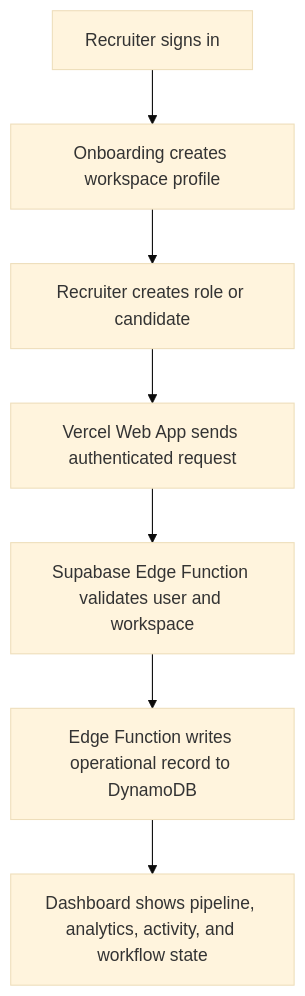
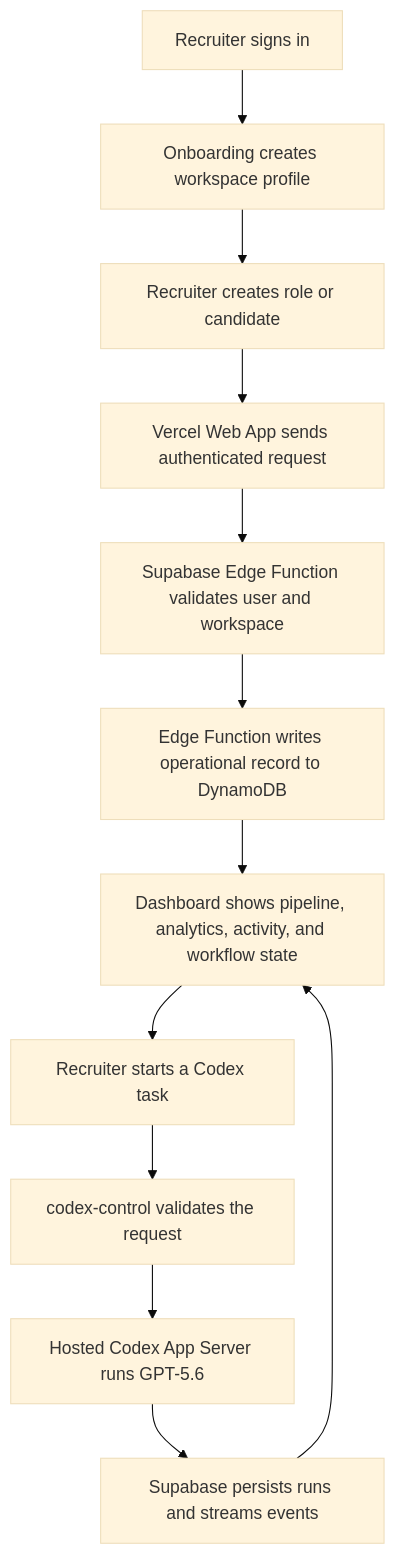
The second of 2 diagrams in README.md (mylife-as-miles/Jobraker-Recruiter), drawn with Mermaid (base theme) before and after one commit. The commit also changed other lines of this file, not shown here.

Commit message:
docs: highlight Codex and GPT-5.6 Build Week work

````diff
--- a/README.md
+++ b/README.md
@@ -107,9 +317,14 @@
 ```mermaid
 graph TD
     A[Recruiter signs in] --> B[Onboarding creates workspace profile]
     B --> C[Recruiter creates role or candidate]
     C --> D[Vercel Web App sends authenticated request]
     D --> E[Supabase Edge Function validates user and workspace]
     E --> F[Edge Function writes operational record to DynamoDB]
     F --> G[Dashboard shows pipeline, analytics, activity, and workflow state]
+    G --> H[Recruiter starts a Codex task]
+    H --> I[codex-control validates the request]
+    I --> J[Hosted Codex App Server runs GPT-5.6]
+    J --> K[Supabase persists runs and streams events]
+    K --> G
 ```
````
